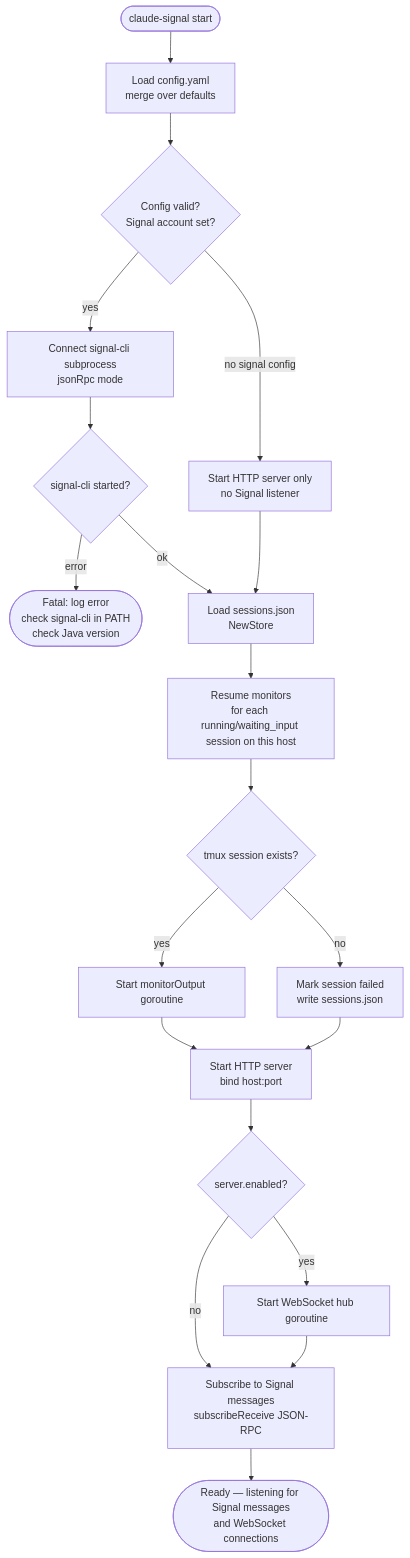
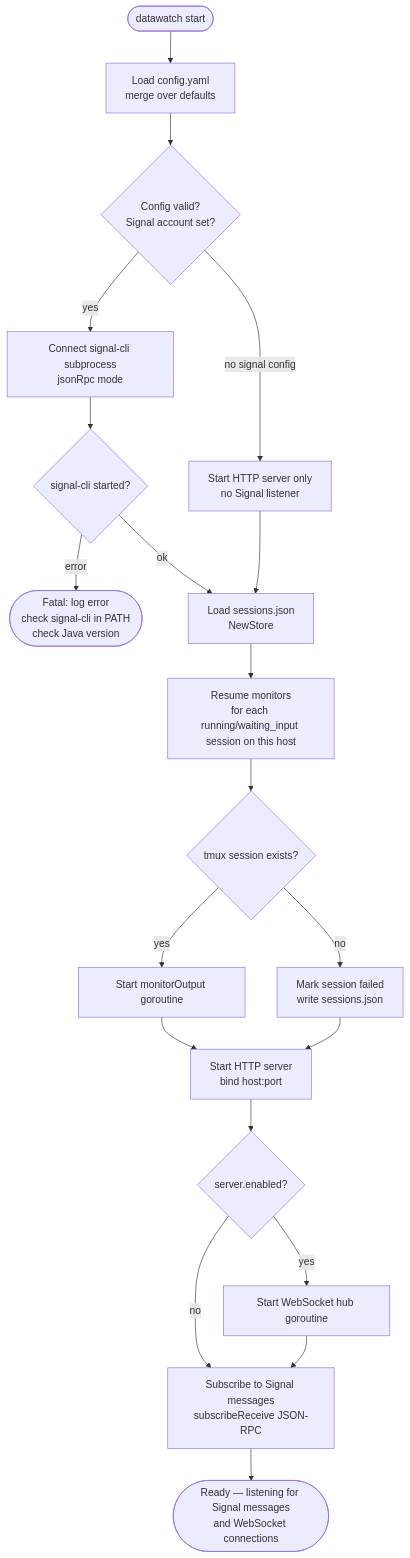
One commit to dmz006/datawatch changed the first of 8 diagrams in docs/app-flow.md. Above: the diagram before and after it, drawn with Mermaid. The commit also changed other lines of this file and 82 other files, not shown here.

First line of the commit message:
Rename project from claude-signal to datawatch

````diff
--- a/docs/app-flow.md
+++ b/docs/app-flow.md
@@ -9,22 +9,22 @@
 ```mermaid
 flowchart TD
-    A([claude-signal start]) --> B[Load config.yaml\nmerge over defaults]
+    A([datawatch start]) --> B[Load config.yaml\nmerge over defaults]
     B --> C{Config valid?\nSignal account set?}
     C -- no signal config --> D[Start HTTP server only\nno Signal listener]
     C -- yes --> E[Connect signal-cli subprocess\njsonRpc mode]
     E --> F{signal-cli started?}
     F -- error --> G([Fatal: log error\ncheck signal-cli in PATH\ncheck Java version])
     F -- ok --> H[Load sessions.json\nNewStore]
     D --> H
     H --> I[Resume monitors\nfor each running/waiting_input session on this host]
     I --> J{tmux session exists?}
     J -- yes --> K[Start monitorOutput goroutine]
     J -- no --> L[Mark session failed\nwrite sessions.json]
     K --> M[Start HTTP server\nbind host:port]
     L --> M
     M --> N{server.enabled?}
     N -- yes --> O[Start WebSocket hub goroutine]
     N -- no --> P[Subscribe to Signal messages\nsubscribeReceive JSON-RPC]
     O --> P
     P --> Q([Ready — listening for Signal messages\nand WebSocket connections])
 ```
````
